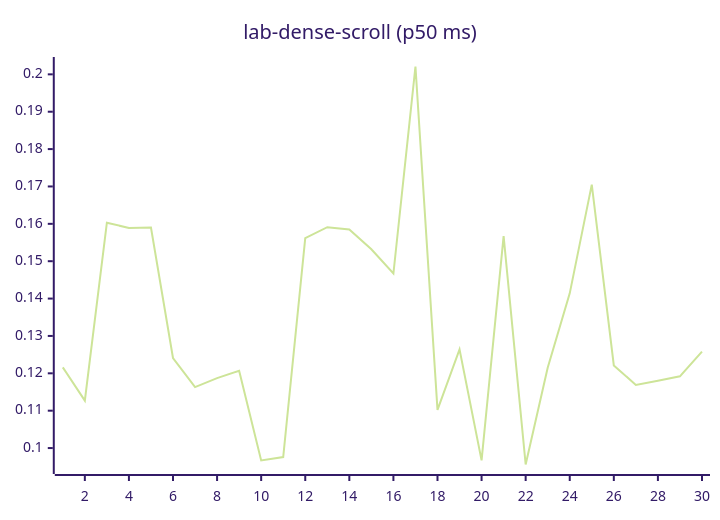
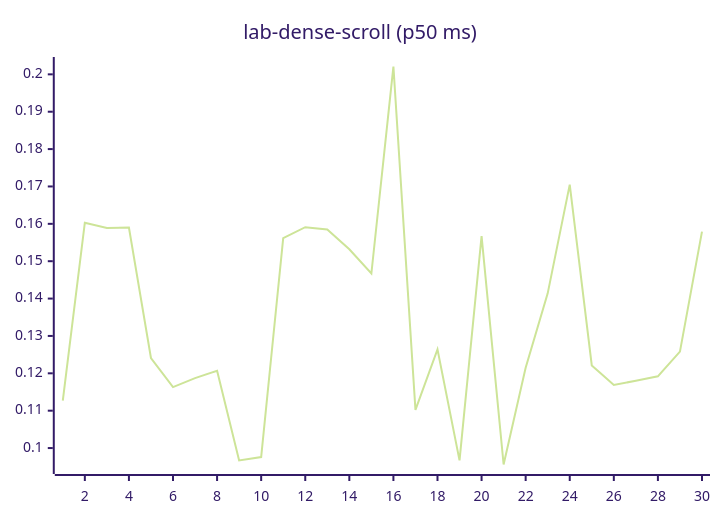
Diagram 12 of 27 in README.md (josha/Facet), drawn with Mermaid (forest theme) before and after one commit. The commit also changed other lines of this file and 2 other files, not shown here.

````diff
--- a/README.md
+++ b/README.md
@@ -140,6 +140,6 @@
 ```mermaid
 xychart-beta
     title "lab-dense-scroll (p50 ms)"
     x-axis 1 --> 30
-    line [0.1216, 0.1127, 0.1603, 0.1589, 0.1590, 0.1241, 0.1163, 0.1187, 0.1207, 0.0967, 0.0976, 0.1562, 0.1591, 0.1585, 0.1532, 0.1467, 0.2021, 0.1102, 0.1264, 0.0967, 0.1567, 0.0956, 0.1215, 0.1414, 0.1705, 0.1221, 0.1169, 0.1180, 0.1192, 0.1258]
+    line [0.1127, 0.1603, 0.1589, 0.1590, 0.1241, 0.1163, 0.1187, 0.1207, 0.0967, 0.0976, 0.1562, 0.1591, 0.1585, 0.1532, 0.1467, 0.2021, 0.1102, 0.1264, 0.0967, 0.1567, 0.0956, 0.1215, 0.1414, 0.1705, 0.1221, 0.1169, 0.1180, 0.1192, 0.1258, 0.1579]
 ```
````
